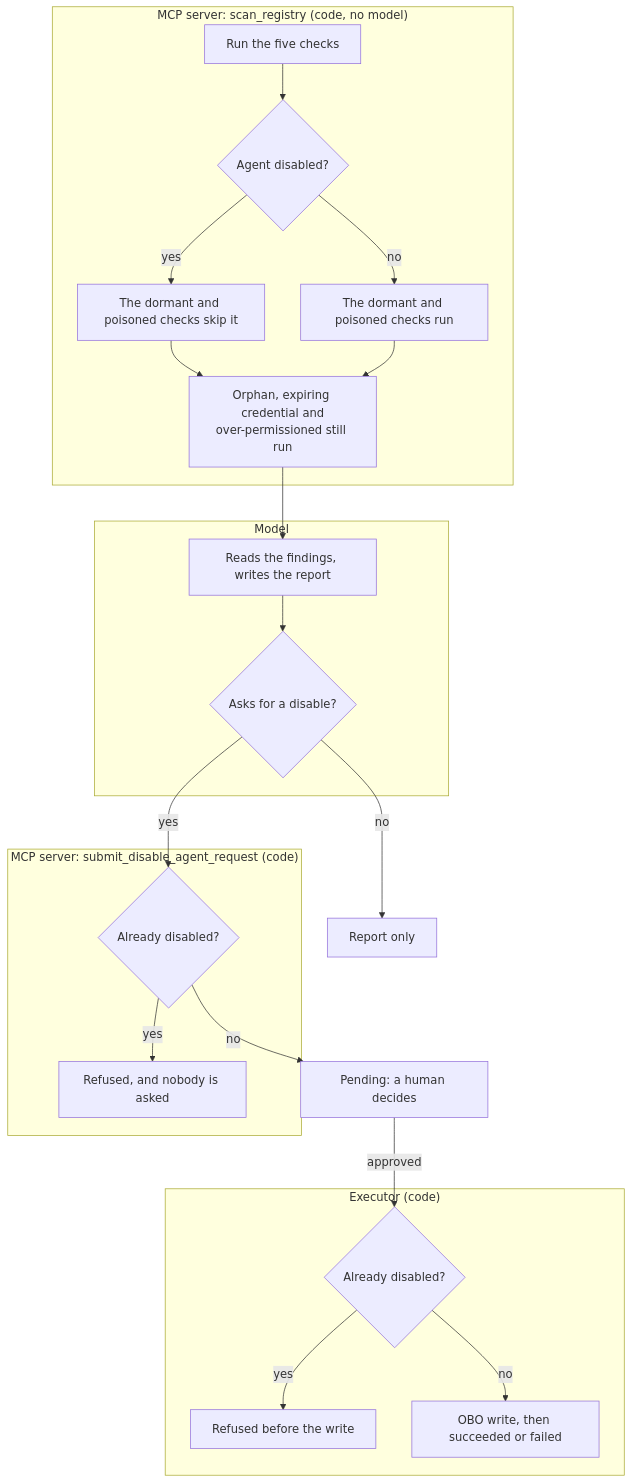
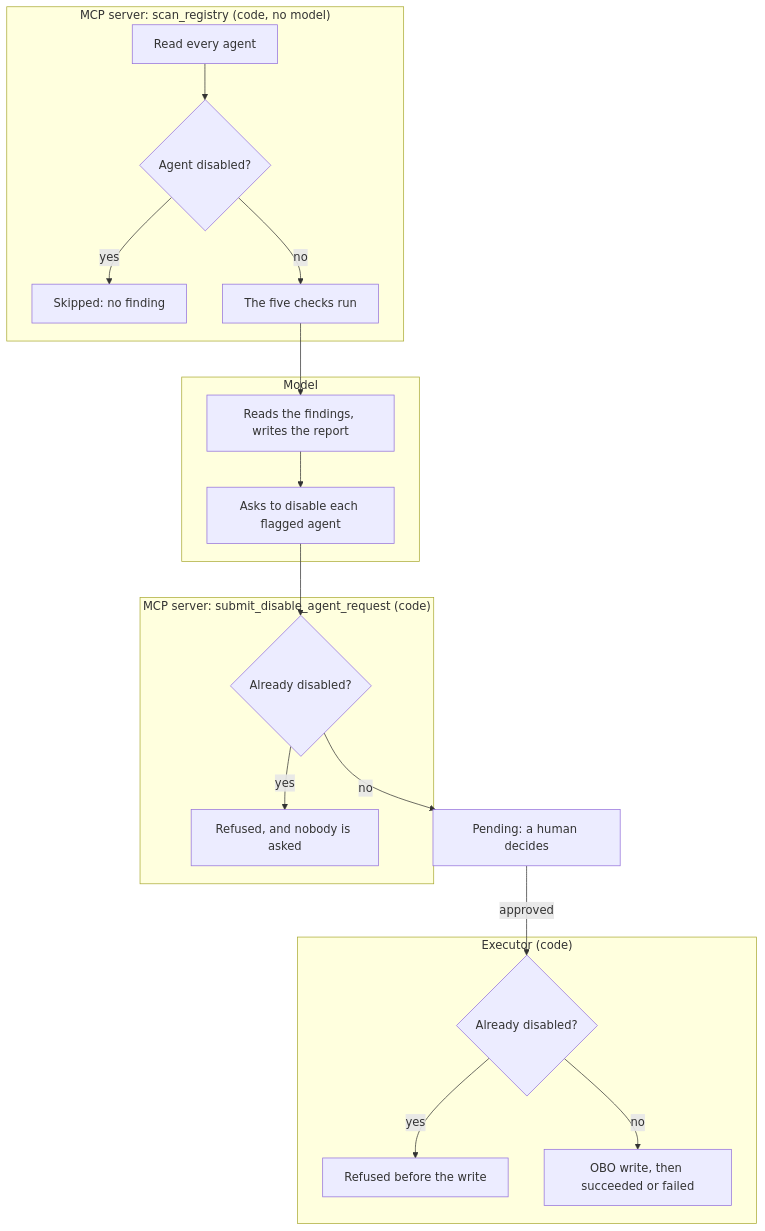
The sixth of 6 diagrams in docs/agent-steward-architecture.md (alireza-mpr/agent-steward), drawn with Mermaid before and after one commit. The commit also changed other lines of this file and 26 other files, not shown here.

Commit message:
feat(guardian): every flagged agent gets a disable request, for a person to decide

````diff
--- a/docs/agent-steward-architecture.md
+++ b/docs/agent-steward-architecture.md
@@ -409,25 +409,22 @@
 ```mermaid
 flowchart TD
     subgraph SCAN["MCP server: scan_registry (code, no model)"]
-        A[Run the five checks] --> B{Agent disabled?}
-        B -- yes --> C[The dormant and poisoned checks skip it]
-        B -- no --> D[The dormant and poisoned checks run]
-        C --> E[Orphan, expiring credential and<br/>over-permissioned still run]
-        D --> E
+        A[Read every agent] --> B{Agent disabled?}
+        B -- yes --> C[Skipped: no finding]
+        B -- no --> D[The five checks run]
     end
-    E --> F
+    D --> F
     subgraph MODEL["Model"]
-        F[Reads the findings, writes the report] --> G{Asks for a disable?}
+        F[Reads the findings, writes the report] --> G[Asks to disable each flagged agent]
     end
-    G -- no --> R[Report only]
-    G -- yes --> H
+    G --> H
     subgraph TOOL["MCP server: submit_disable_agent_request (code)"]
         H{Already disabled?} -- yes --> X1[Refused, and nobody is asked]
     end
     H -- no --> P[Pending: a human decides]
     P -- approved --> J
     subgraph EXEC["Executor (code)"]
         J{Already disabled?} -- yes --> X2[Refused before the write]
         J -- no --> K[OBO write, then succeeded or failed]
     end
 ```
````
